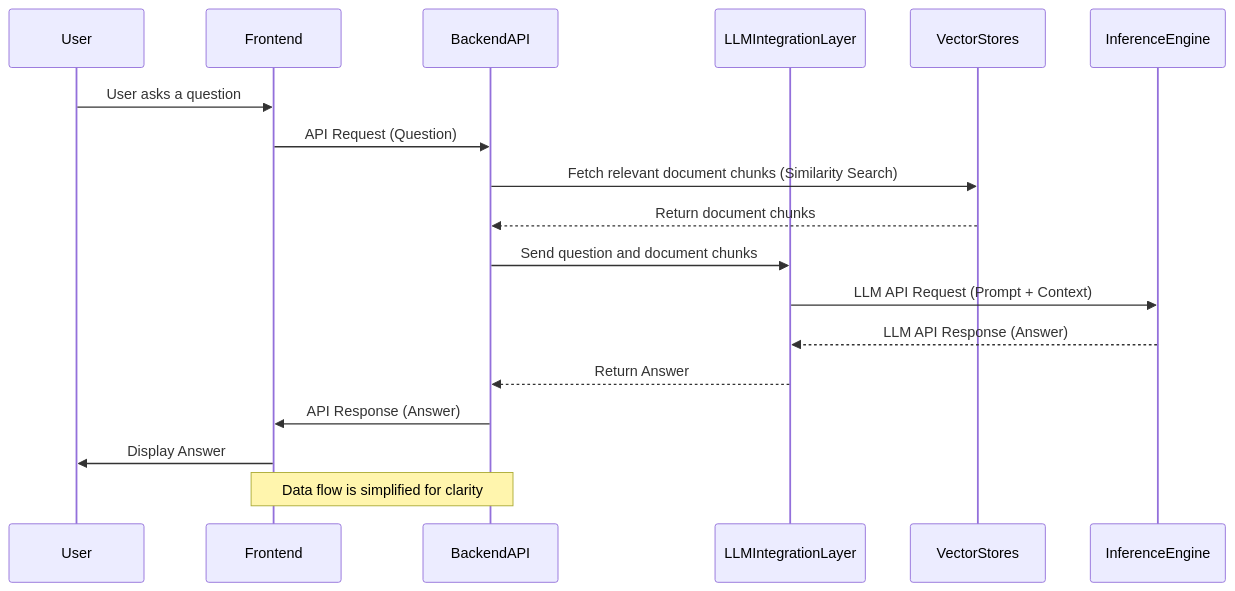
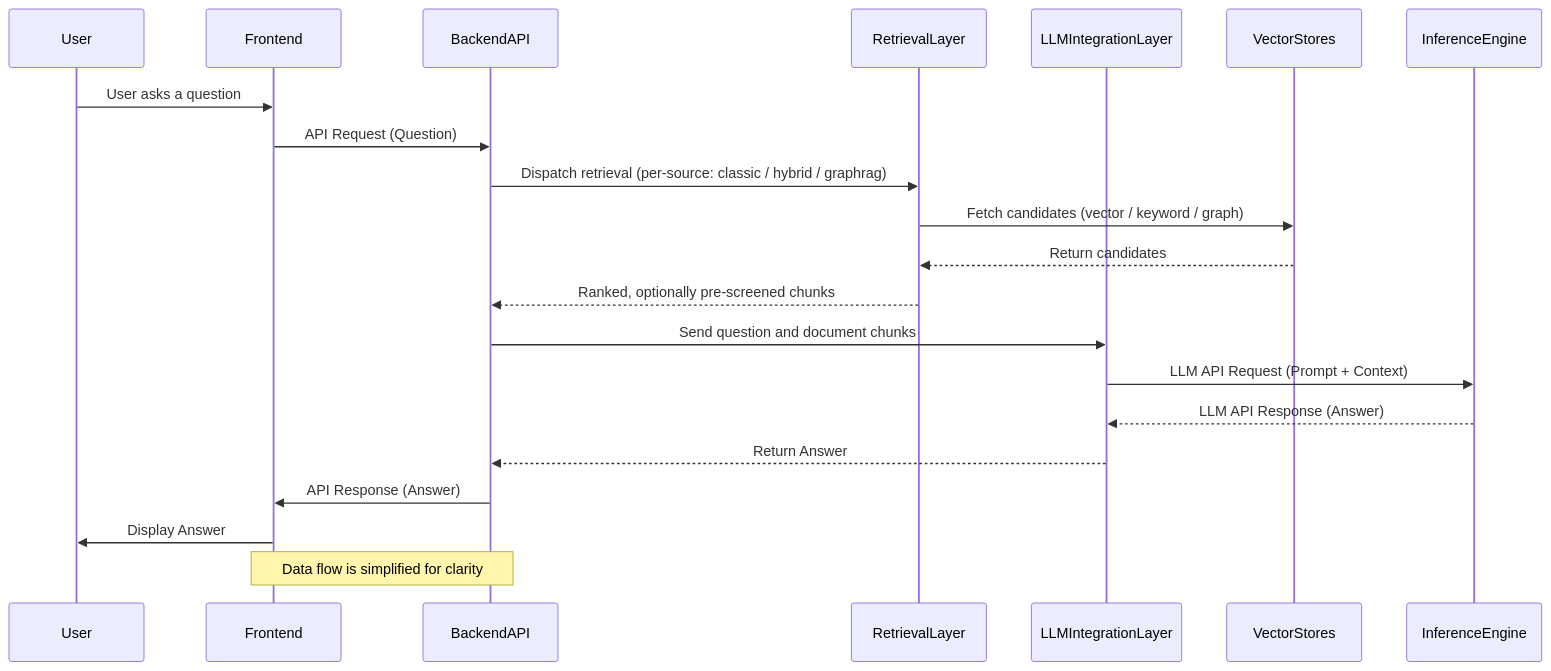
The second of 3 diagrams in docs/content/Guides/Architecture.mdx (arc53/DocsGPT), drawn with Mermaid before and after one commit. The commit also changed other lines of this file and 26 other files, not shown here.

````diff
--- a/docs/content/Guides/Architecture.mdx
+++ b/docs/content/Guides/Architecture.mdx
@@ -99,22 +109,25 @@
 ```mermaid
 sequenceDiagram
     participant User
     participant Frontend
     participant BackendAPI
+    participant RetrievalLayer
     participant LLMIntegrationLayer
     participant VectorStores
     participant InferenceEngine
 
     User->>Frontend: User asks a question
     Frontend->>BackendAPI: API Request (Question)
-    BackendAPI->>VectorStores: Fetch relevant document chunks (Similarity Search)
-    VectorStores-->>BackendAPI: Return document chunks
+    BackendAPI->>RetrievalLayer: Dispatch retrieval (per-source: classic / hybrid / graphrag)
+    RetrievalLayer->>VectorStores: Fetch candidates (vector / keyword / graph)
+    VectorStores-->>RetrievalLayer: Return candidates
+    RetrievalLayer-->>BackendAPI: Ranked, optionally pre-screened chunks
     BackendAPI->>LLMIntegrationLayer: Send question and document chunks
     LLMIntegrationLayer->>InferenceEngine: LLM API Request (Prompt + Context)
     InferenceEngine-->>LLMIntegrationLayer: LLM API Response (Answer)
     LLMIntegrationLayer-->>BackendAPI: Return Answer
     BackendAPI->>Frontend: API Response (Answer)
     Frontend->>User: Display Answer
 
     Note over Frontend,BackendAPI: Data flow is simplified for clarity
 ```
````
